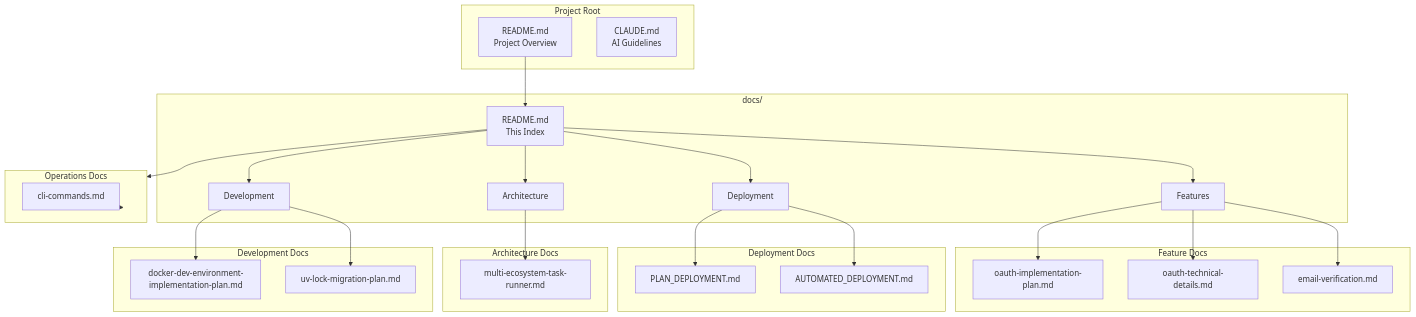
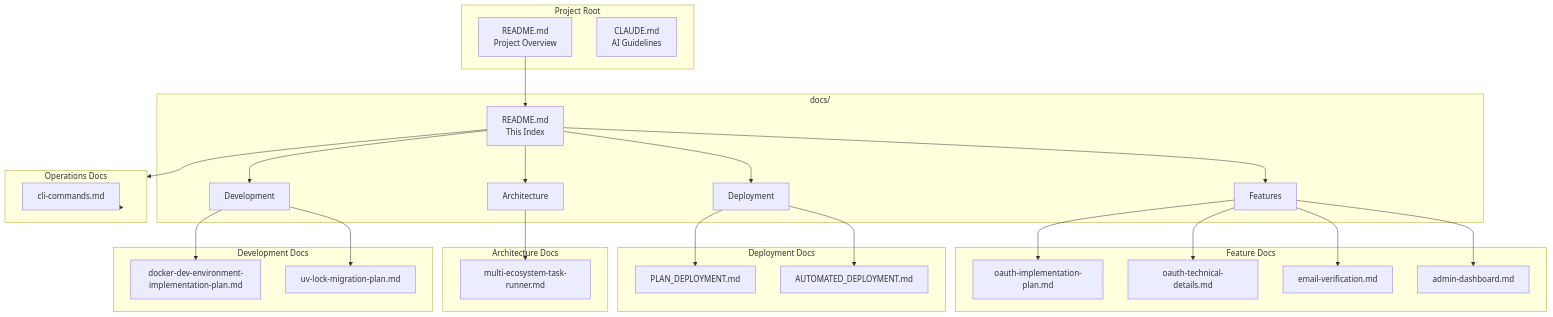
One commit to dremdem/stupid_chat_bot changed the diagram in docs/README.md. Above: the diagram before and after it, drawn with Mermaid. The commit also changed other lines of this file and 15 other files, not shown here.

First line of the commit message:
feat: add admin dashboard for user management

````diff
--- a/docs/README.md
+++ b/docs/README.md
@@ -31,55 +31,57 @@
 ```mermaid
 graph TB
     subgraph Root["Project Root"]
         README["README.md<br/>Project Overview"]
         CLAUDE["CLAUDE.md<br/>AI Guidelines"]
     end
 
     subgraph Docs["docs/"]
         INDEX["README.md<br/>This Index"]
         FEAT["Features"]
         DEPLOY["Deployment"]
         ARCH["Architecture"]
         DEV["Development"]
     end
 
     subgraph Features["Feature Docs"]
         OAUTH_PLAN["oauth-implementation-plan.md"]
         OAUTH_TECH["oauth-technical-details.md"]
         EMAIL_VER["email-verification.md"]
+        ADMIN["admin-dashboard.md"]
     end
 
     subgraph Deploy["Deployment Docs"]
         PLAN["PLAN_DEPLOYMENT.md"]
         AUTO["AUTOMATED_DEPLOYMENT.md"]
     end
 
     subgraph Arch["Architecture Docs"]
         TASK["multi-ecosystem-task-runner.md"]
     end
 
     subgraph Dev["Development Docs"]
         DOCKER["docker-dev-environment-implementation-plan.md"]
         UV["uv-lock-migration-plan.md"]
     end
 
     subgraph Ops["Operations Docs"]
         CLI["cli-commands.md"]
     end
 
     README --> INDEX
     INDEX --> FEAT
     INDEX --> DEPLOY
     INDEX --> ARCH
     INDEX --> DEV
     INDEX --> Ops
     FEAT --> OAUTH_PLAN
     FEAT --> OAUTH_TECH
     FEAT --> EMAIL_VER
+    FEAT --> ADMIN
     DEPLOY --> PLAN
     DEPLOY --> AUTO
     ARCH --> TASK
     DEV --> DOCKER
     DEV --> UV
     Ops --> CLI
 ```
````
